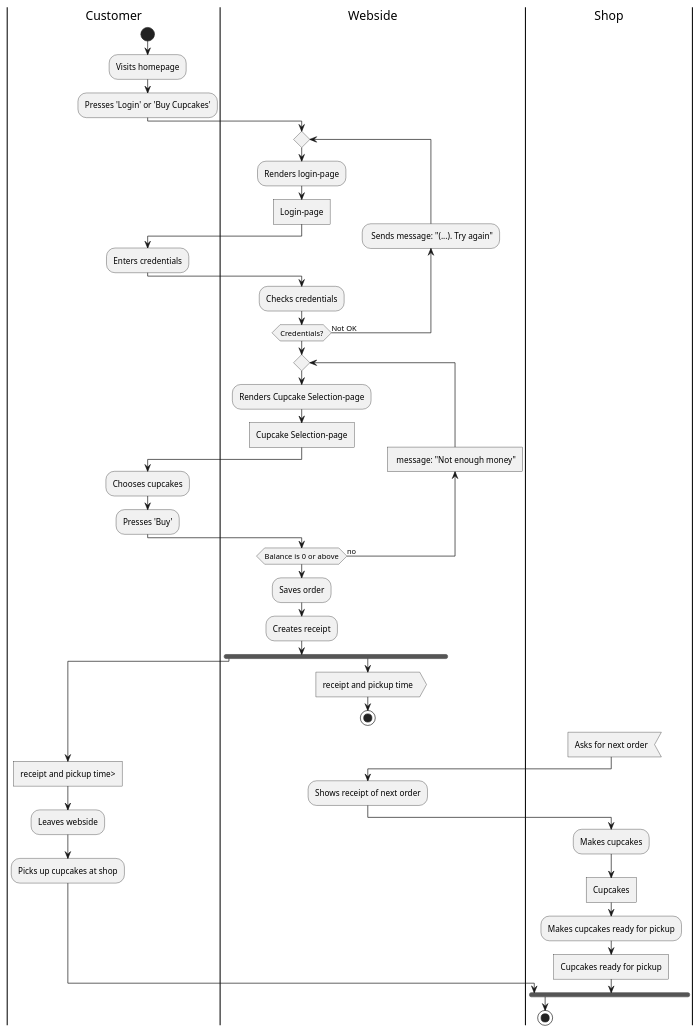
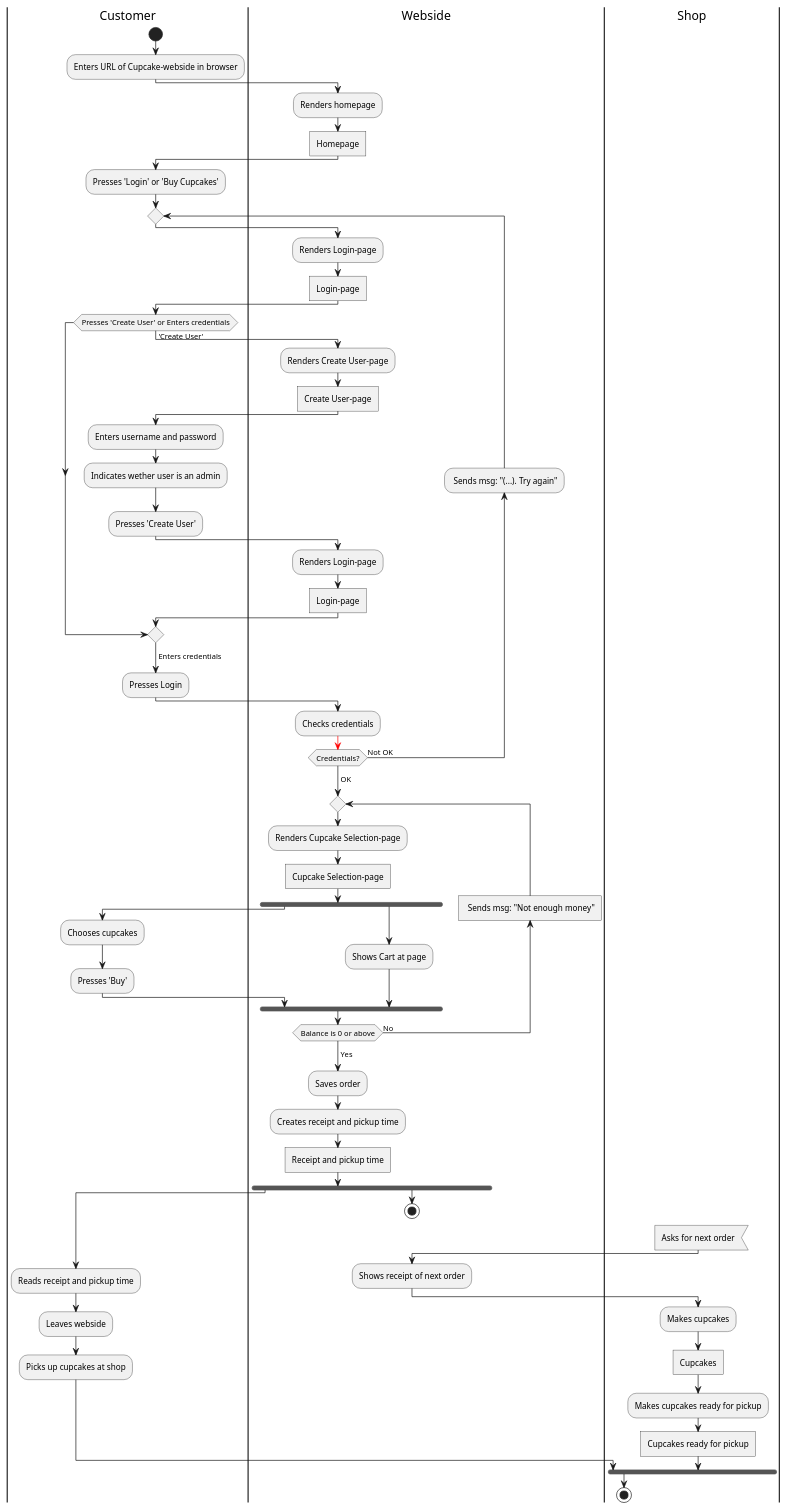
One commit to TRossen89/cupcake_dat2 changed the diagram in src/doc/uml/activityDiagram.puml. Above: the diagram before and after it, drawn with PlantUML.

Commit message:
Second draft of UML Activity Diagram (Overly detailed)

```diff
--- a/src/doc/uml/activityDiagram.puml
+++ b/src/doc/uml/activityDiagram.puml
@@ -1,59 +1,90 @@
 @startuml
 'https://plantuml.com/activity-diagram-beta
 
 
 |Customer|
 
+
 start
-:Visits homepage;
+:Enters URL of Cupcake-webside in browser;
+|Webside|
+:Renders homepage;
+:Homepage]
+|Customer|
 :Presses 'Login' or 'Buy Cupcakes';
-|Webside|
+
 repeat
-:Renders login-page;
-:Login-page]
-|Customer|
-:Enters credentials;
-|Webside|
+    |Webside|
+    :Renders Login-page;
+    :Login-page]
+    |Customer|
+        if (Presses 'Create User' or Enters credentials) then('Create User')
 
-backward: Sends message: "(...). Try again";
+            |Webside|
+            :Renders Create User-page;
+            :Create User-page]
+            |Customer|
+            :Enters username and password;
+            :Indicates wether user is an admin;
+            :Presses 'Create User';
+            |Webside|
+            :Renders Login-page;
+            :Login-page]
+        endif
+        ->Enters credentials;
+            |Customer|
+            :Presses Login;
+            |Webside|
+            :Checks credentials;
 
-:Checks credentials;
+backward: Sends msg: "(...). Try again";
+-[#red]->
 repeat while (Credentials?) is (Not OK)
+->OK;
 
-|Webside|
 repeat
-:Renders Cupcake Selection-page;
-:Cupcake Selection-page]
-|Customer|
-:Chooses cupcakes;
-:Presses 'Buy';
-|Webside|
+    :Renders Cupcake Selection-page;
+    :Cupcake Selection-page]
+    fork
 
-backward: message: "Not enough money"]
+    |Customer|
+    :Chooses cupcakes;
+    :Presses 'Buy';
+    fork again
+    |Webside|
 
-repeat while (Balance is 0 or above) is (no)
+    :Shows Cart at page;
+    end fork
+
+    |Webside|
+    backward: Sends msg: "Not enough money"]
+
+repeat while (Balance is 0 or above) is (No)
+->Yes;
+
 :Saves order;
-:Creates receipt;
+:Creates receipt and pickup time;
+:Receipt and pickup time]
 fork
 |Customer|
-:receipt and pickup time>]
+:Reads receipt and pickup time;
 :Leaves webside;
 :Picks up cupcakes at shop;
 fork again
 |Webside|
-:receipt and pickup time>
 stop
+
 |Shop|
 :Asks for next order<
 |Webside|
 :Shows receipt of next order;
 
 |Shop|
 :Makes cupcakes;
 :Cupcakes]
 :Makes cupcakes ready for pickup;
 :Cupcakes ready for pickup]
 end fork
 stop
 
 @enduml
```
